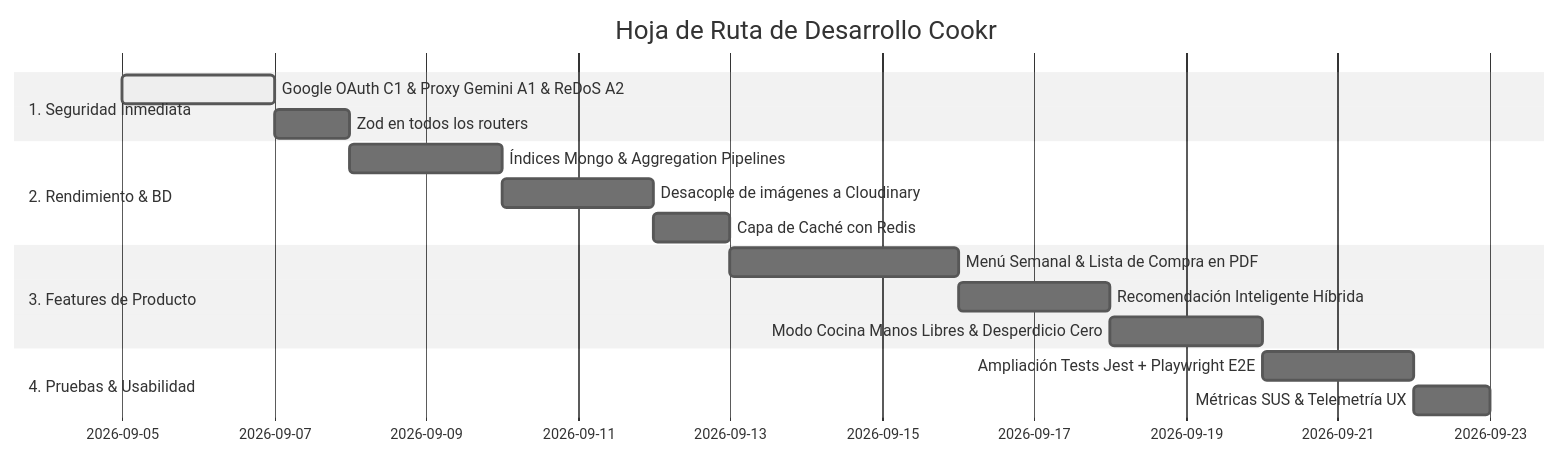
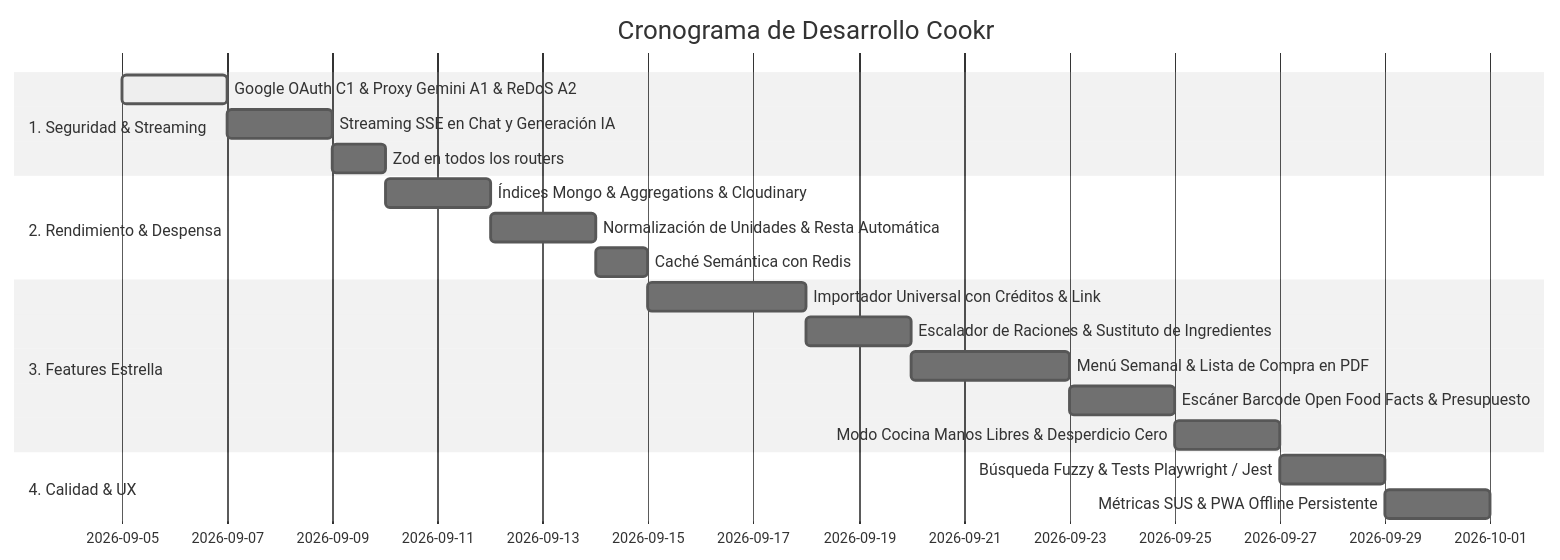
One commit to AleHernandezG/TFG_AlejandroHernandezGonzalez changed the second of 2 diagrams in docs/informe_auditoria_mejoras.md. Above: the diagram before and after it, drawn with Mermaid (neutral theme). The commit also changed other lines of this file and 29 other files, not shown here.

````diff
--- a/docs/informe_auditoria_mejoras.md
+++ b/docs/informe_auditoria_mejoras.md
@@ -134,19 +182,22 @@
 ```mermaid
 gantt
-    title Hoja de Ruta de Desarrollo Cookr
+    title Cronograma de Desarrollo Cookr
     dateFormat  YYYY-MM-DD
-    section 1. Seguridad Inmediata
+    section 1. Seguridad & Streaming
     Google OAuth C1 & Proxy Gemini A1 & ReDoS A2     :active, 2026-09-05, 2d
-    Zod en todos los routers                          : 2026-09-07, 1d
-    section 2. Rendimiento & BD
-    Índices Mongo & Aggregation Pipelines             : 2026-09-08, 2d
-    Desacople de imágenes a Cloudinary               : 2026-09-10, 2d
-    Capa de Caché con Redis                           : 2026-09-12, 1d
-    section 3. Features de Producto
-    Menú Semanal & Lista de Compra en PDF            : 2026-09-13, 3d
-    Recomendación Inteligente Híbrida                : 2026-09-16, 2d
-    Modo Cocina Manos Libres & Desperdicio Cero      : 2026-09-18, 2d
-    section 4. Pruebas & Usabilidad
-    Ampliación Tests Jest + Playwright E2E           : 2026-09-20, 2d
-    Métricas SUS & Telemetría UX                     : 2026-09-22, 1d
+    Streaming SSE en Chat y Generación IA             : 2026-09-07, 2d
+    Zod en todos los routers                          : 2026-09-09, 1d
+    section 2. Rendimiento & Despensa
+    Índices Mongo & Aggregations & Cloudinary         : 2026-09-10, 2d
+    Normalización de Unidades & Resta Automática      : 2026-09-12, 2d
+    Caché Semántica con Redis                         : 2026-09-14, 1d
+    section 3. Features Estrella
+    Importador Universal con Créditos & Link          : 2026-09-15, 3d
+    Escalador de Raciones & Sustituto de Ingredientes : 2026-09-18, 2d
+    Menú Semanal & Lista de Compra en PDF            : 2026-09-20, 3d
+    Escáner Barcode Open Food Facts & Presupuesto     : 2026-09-23, 2d
+    Modo Cocina Manos Libres & Desperdicio Cero      : 2026-09-25, 2d
+    section 4. Calidad & UX
+    Búsqueda Fuzzy & Tests Playwright / Jest          : 2026-09-27, 2d
+    Métricas SUS & PWA Offline Persistente           : 2026-09-29, 2d
 ```
````
